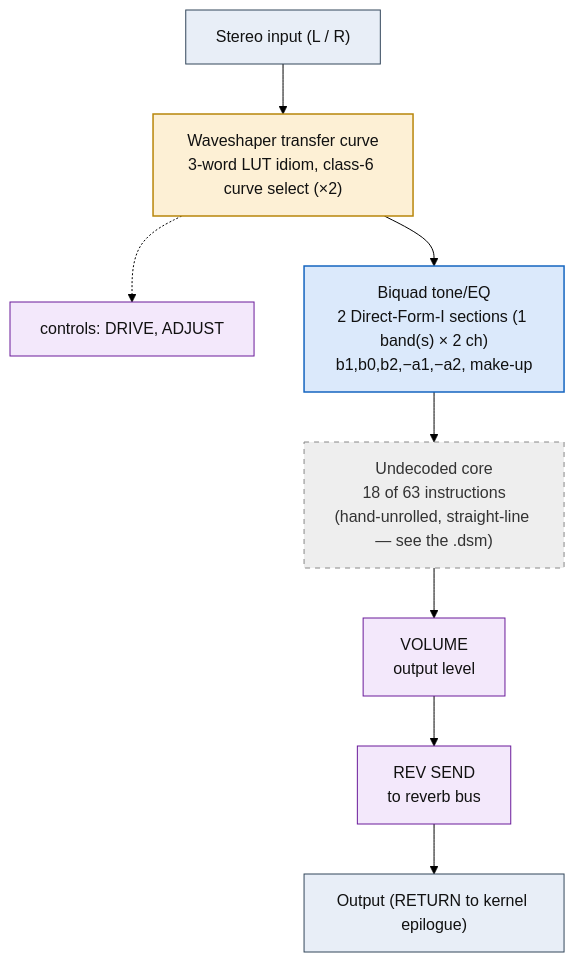
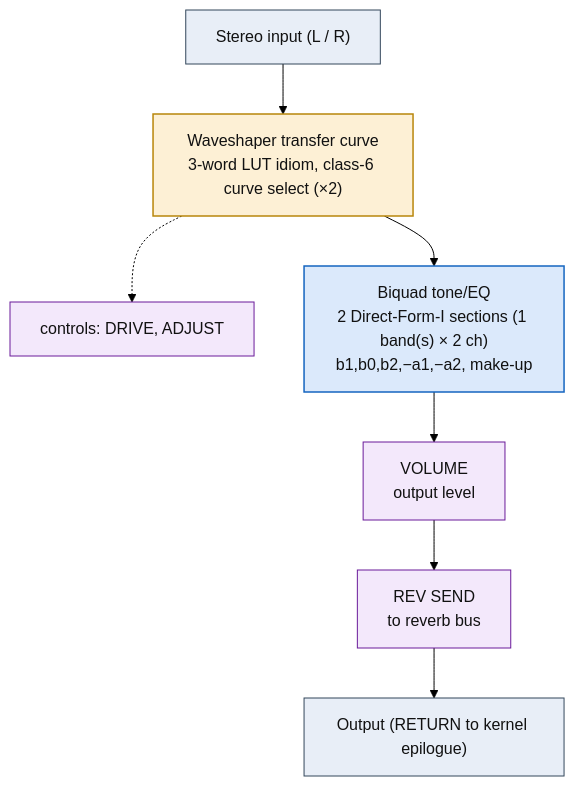
Before and after one commit to ArqueologiaDigital/kn5000-roms-disasm: the diagram in dsp/flowcharts/prog33_overdrive.md, drawn with Mermaid (forest theme). The commit also changed other lines of this file and 39 other files, not shown here.

First line of the commit message:
dsp: annotate all flowcharts with the classic effect topology each shape matches

````diff
--- a/dsp/flowcharts/prog33_overdrive.md
+++ b/dsp/flowcharts/prog33_overdrive.md
@@ -12,30 +12,27 @@
 ```mermaid
 flowchart TD
     N0["Stereo input (L / R)"]
     N1["Waveshaper transfer curve<br/>3-word LUT idiom, class-6 curve select (&times;2)"]
     N0 --> N1
     N2["controls: DRIVE, ADJUST"]
     N1 -.-> N2
     N3["Biquad tone/EQ<br/>2 Direct-Form-I sections (1 band(s) &times; 2 ch)<br/>b1,b0,b2,&minus;a1,&minus;a2, make-up"]
     N1 --> N3
-    N4["Undecoded core<br/>18 of 63 instructions<br/>(hand-unrolled, straight-line &mdash; see the .dsm)"]
+    N4["VOLUME<br/>output level"]
     N3 --> N4
-    N5["VOLUME<br/>output level"]
+    N5["REV SEND<br/>to reverb bus"]
     N4 --> N5
-    N6["REV SEND<br/>to reverb bus"]
+    N6["Output (RETURN to kernel epilogue)"]
     N5 --> N6
-    N7["Output (RETURN to kernel epilogue)"]
-    N6 --> N7
 
     classDef io fill:#e8eef7,stroke:#33475b,stroke-width:1px,color:#111;
     classDef proven fill:#d7f0d7,stroke:#2e7d32,stroke-width:2px,color:#111;
     classDef measured fill:#dbe9fb,stroke:#1565c0,stroke-width:1.5px,color:#111;
     classDef inferred fill:#fdf0d5,stroke:#b8860b,stroke-width:1.5px,color:#111;
     classDef open fill:#eeeeee,stroke:#888,stroke-width:1px,color:#333,stroke-dasharray:5 5;
     classDef ctrl fill:#f3e8fb,stroke:#6a1b9a,stroke-width:1px,color:#111;
-    class N0,N7 io;
+    class N0,N6 io;
     class N1 inferred;
-    class N2,N5,N6 ctrl;
+    class N2,N4,N5 ctrl;
     class N3 measured;
-    class N4 open;
 ```
````
